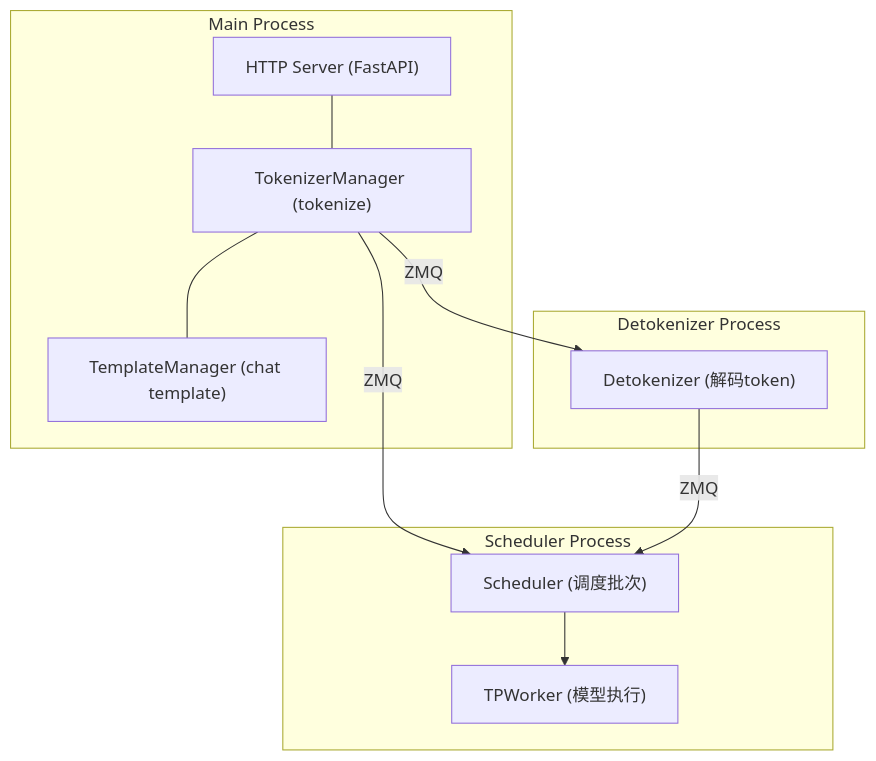
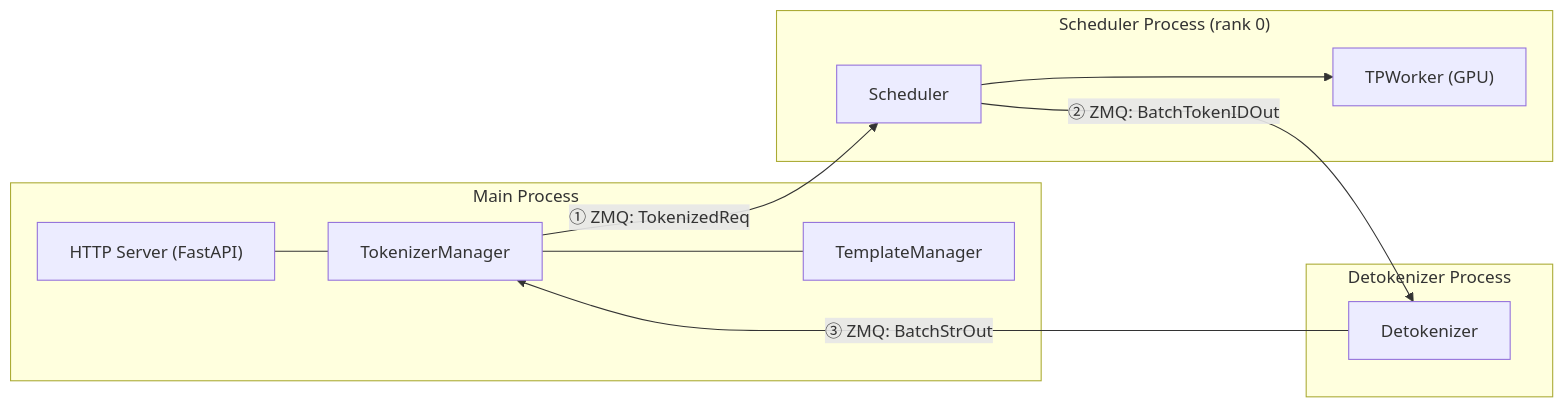
Before and after one commit to wesleyck/AIInfraNotes: the first of 5 diagrams in content/SGLang/01_architecture.md, drawn with Mermaid. The commit also changed other lines of this file and 7 other files, not shown here.

````diff
--- a/content/SGLang/01_architecture.md
+++ b/content/SGLang/01_architecture.md
@@ -11,24 +13,23 @@
 ```mermaid
-flowchart TD
+flowchart LR
     subgraph MainProcess["Main Process"]
         HTTP["HTTP Server (FastAPI)"]
-        TM["TokenizerManager (tokenize)"]
-        Template["TemplateManager (chat template)"]
+        TM["TokenizerManager"]
+        Template["TemplateManager"]
         HTTP --- TM --- Template
     end
 
-    TM -->|ZMQ| Sched
-    TM -->|ZMQ| Detok
-
-    subgraph SchedProcess["Scheduler Process"]
-        Sched["Scheduler (调度批次)"]
-        TPW["TPWorker (模型执行)"]
+    subgraph SchedProcess["Scheduler Process (rank 0)"]
+        Sched["Scheduler"]
+        TPW["TPWorker (GPU)"]
         Sched --> TPW
     end
 
     subgraph DetokProcess["Detokenizer Process"]
-        Detok["Detokenizer (解码token)"]
+        Detok["Detokenizer"]
     end
 
-    Detok -->|ZMQ| Sched
+    TM -->|"① ZMQ: TokenizedReq"| Sched
+    Sched -->|"② ZMQ: BatchTokenIDOut"| Detok
+    Detok -->|"③ ZMQ: BatchStrOut"| TM
 ```
````
